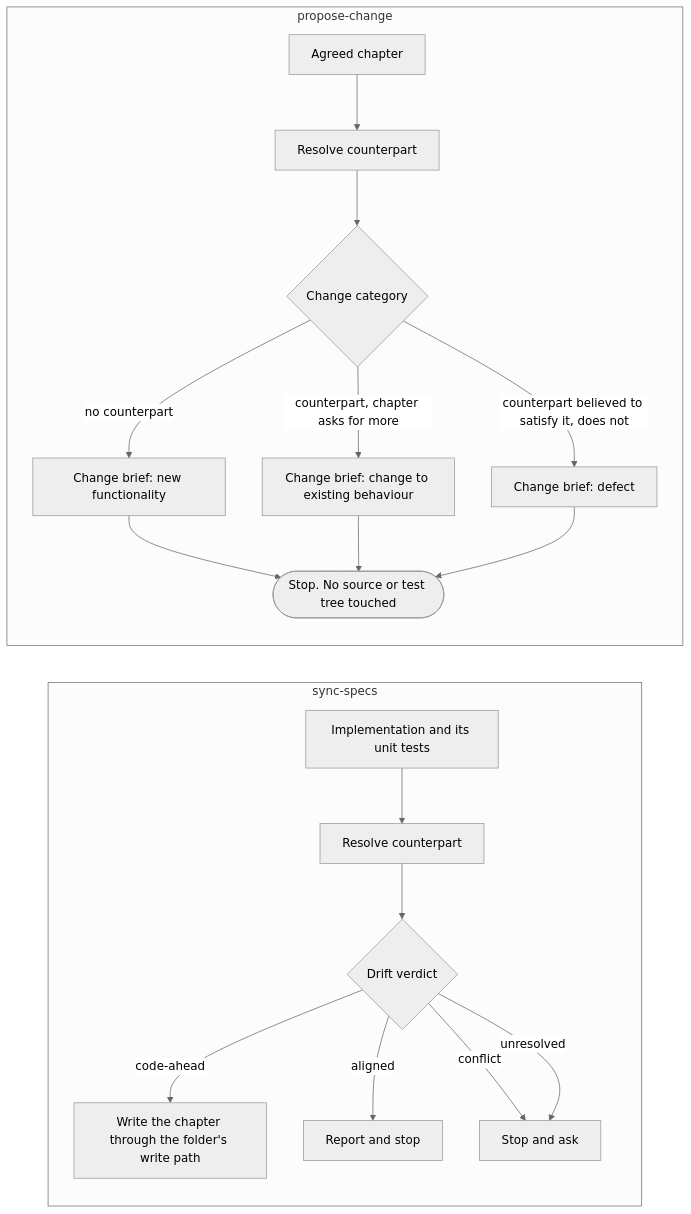
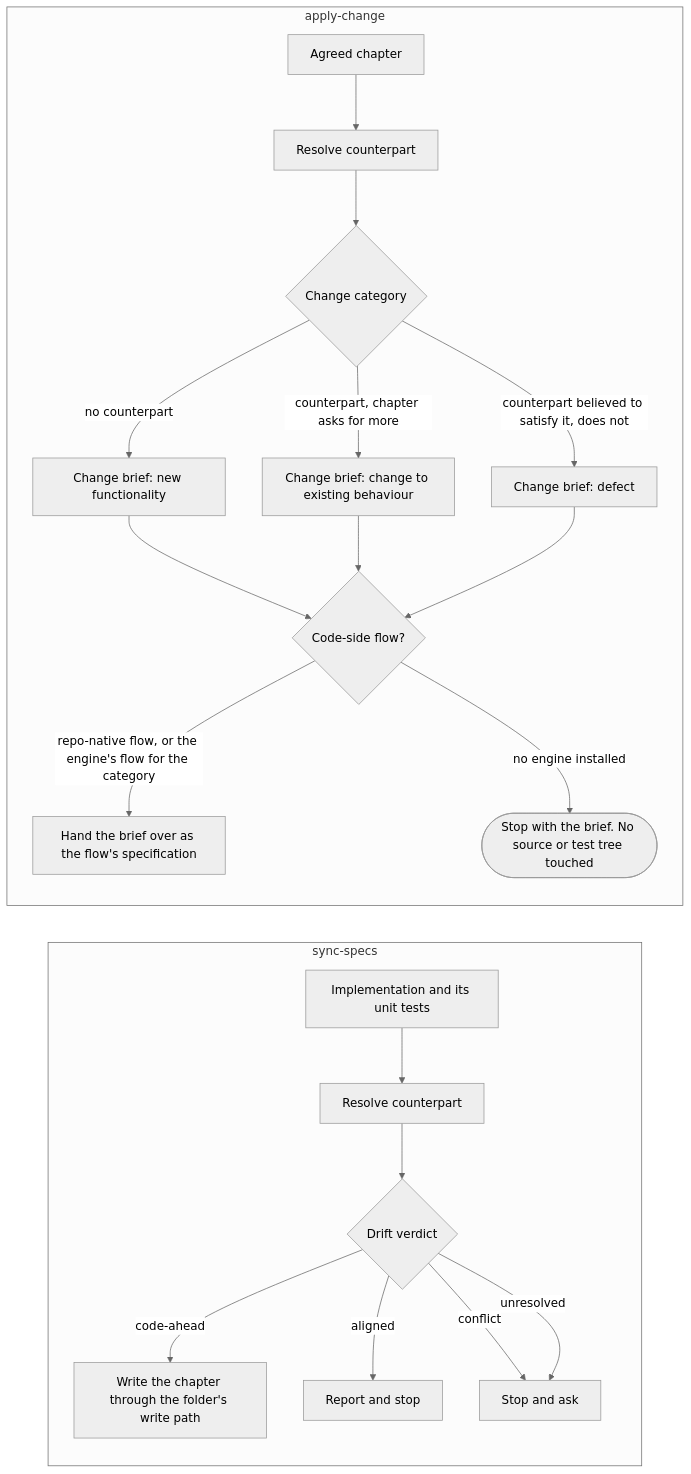
One commit to JSdotNet/devbook changed the third of 3 diagrams in .devbook/domain/devbook/flow.md. Above: the diagram before and after it, drawn with Mermaid (neutral theme). The commit also changed other lines of this file and 24 other files, not shown here.

First line of the commit message:
Rename propose-change to apply-change and hand the brief to the code-side flow

````diff
--- a/.devbook/domain/devbook/flow.md
+++ b/.devbook/domain/devbook/flow.md
@@ -85,22 +85,24 @@
 ```mermaid
 flowchart LR
     subgraph capture["sync-specs"]
         code["Implementation and its unit tests"] --> resolveA["Resolve counterpart"]
         resolveA --> verdictA{"Drift verdict"}
         verdictA -->|"code-ahead"| write["Write the chapter through the folder's write path"]
         verdictA -->|"aligned"| noop["Report and stop"]
         verdictA -->|"conflict"| ask["Stop and ask"]
         verdictA -->|"unresolved"| ask
     end
 
-    subgraph build["propose-change"]
+    subgraph build["apply-change"]
         chapter["Agreed chapter"] --> resolveB["Resolve counterpart"]
         resolveB --> category{"Change category"}
         category -->|"no counterpart"| brief["Change brief: new functionality"]
         category -->|"counterpart, chapter asks for more"| brief2["Change brief: change to existing behaviour"]
         category -->|"counterpart believed to satisfy it, does not"| brief3["Change brief: defect"]
-        brief --> stop(["Stop. No source or test tree touched"])
-        brief2 --> stop
-        brief3 --> stop
+        brief --> route{"Code-side flow?"}
+        brief2 --> route
+        brief3 --> route
+        route -->|"repo-native flow, or the engine's flow for the category"| handoff["Hand the brief over as the flow's specification"]
+        route -->|"no engine installed"| stop(["Stop with the brief. No source or test tree touched"])
     end
 ```
````
